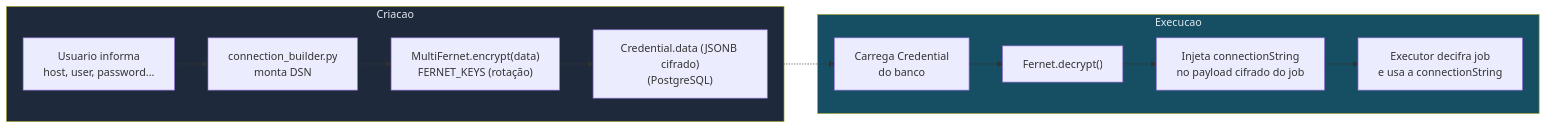
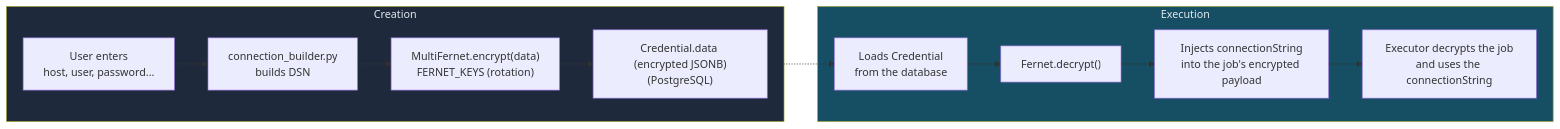
Diagram 13 of 15 in docs/architecture.md (jlanio/atlans), drawn with Mermaid before and after one commit. The commit also changed other lines of this file and 41 other files, not shown here.

````diff
--- a/docs/architecture.md
+++ b/docs/architecture.md
@@ -1136,22 +1137,22 @@
 ```mermaid
 flowchart LR
-    subgraph Criacao
-        USER["Usuario informa<br/>host, user, password..."]
-        BUILDER["connection_builder.py<br/>monta DSN"]
-        ENCRYPT["MultiFernet.encrypt(data)<br/>FERNET_KEYS (rotação)"]
-        SAVE["Credential.data (JSONB cifrado)<br/>(PostgreSQL)"]
+    subgraph Criacao["Creation"]
+        USER["User enters<br/>host, user, password..."]
+        BUILDER["connection_builder.py<br/>builds DSN"]
+        ENCRYPT["MultiFernet.encrypt(data)<br/>FERNET_KEYS (rotation)"]
+        SAVE["Credential.data (encrypted JSONB)<br/>(PostgreSQL)"]
     end
 
-    subgraph Execucao
-        LOAD["Carrega Credential<br/>do banco"]
+    subgraph Execucao["Execution"]
+        LOAD["Loads Credential<br/>from the database"]
         DECRYPT["Fernet.decrypt()"]
-        INJECT["Injeta connectionString<br/>no payload cifrado do job"]
-        EXECUTOR_RECV["Executor decifra job<br/>e usa a connectionString"]
+        INJECT["Injects connectionString<br/>into the job's encrypted payload"]
+        EXECUTOR_RECV["Executor decrypts the job<br/>and uses the connectionString"]
     end
 
     USER --> BUILDER --> ENCRYPT --> SAVE
     SAVE -.-> LOAD --> DECRYPT --> INJECT --> EXECUTOR_RECV
 
     style Criacao fill:#1e293b,color:#e2e8f0
     style Execucao fill:#164e63,color:#e2e8f0
 ```
````
